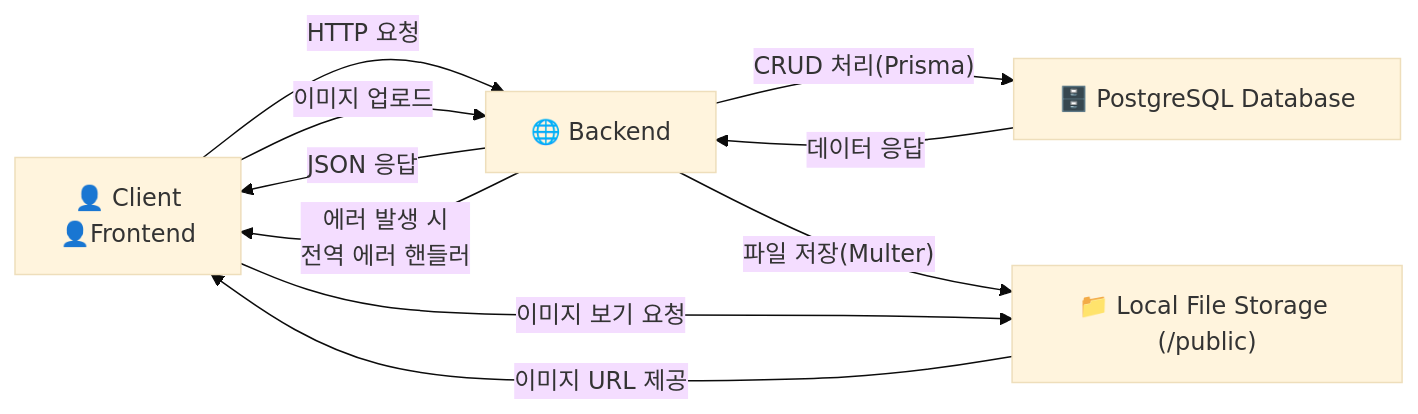
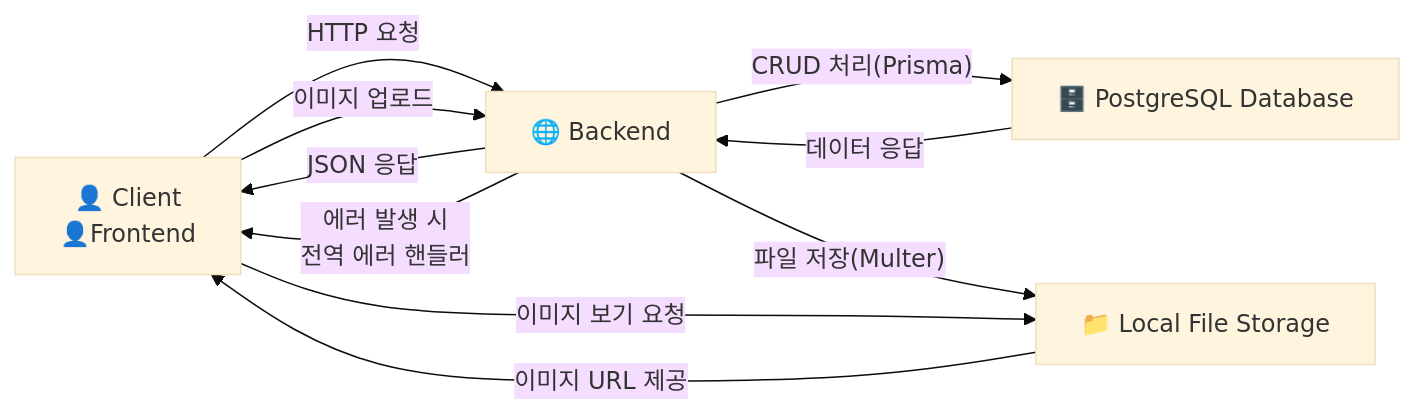
The first of 2 diagrams in README.md (chamysj/codeit-node6th-git), drawn with Mermaid (base theme) before and after one commit. The commit also changed other lines of this file, not shown here.

````diff
--- a/README.md
+++ b/README.md
@@ -2,21 +2,21 @@
 ```mermaid
 graph LR
     C["👤 Client
     👤Frontend"]
     S["🌐 Backend"]
     DB["🗄️ PostgreSQL Database"]
-    FS["📁 Local File Storage (/public)"]
+    FS["📁 Local File Storage"]
 
     C -->|"HTTP 요청"| S
     S -->|"CRUD 처리(Prisma)"| DB
     DB -->|"데이터 응답"| S
     S -->|"JSON 응답"| C
 
     C -->|"이미지 업로드"| S
     S -->|"파일 저장(Multer)"| FS
     FS -->|"이미지 URL 제공"| C
 
     C -->|"이미지 보기 요청"| FS
     S -->|"에러 발생 시 
     전역 에러 핸들러"| C
 ```
````
